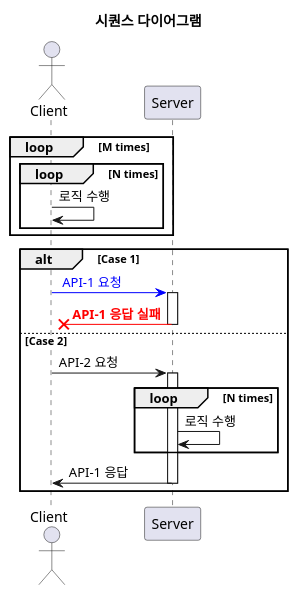
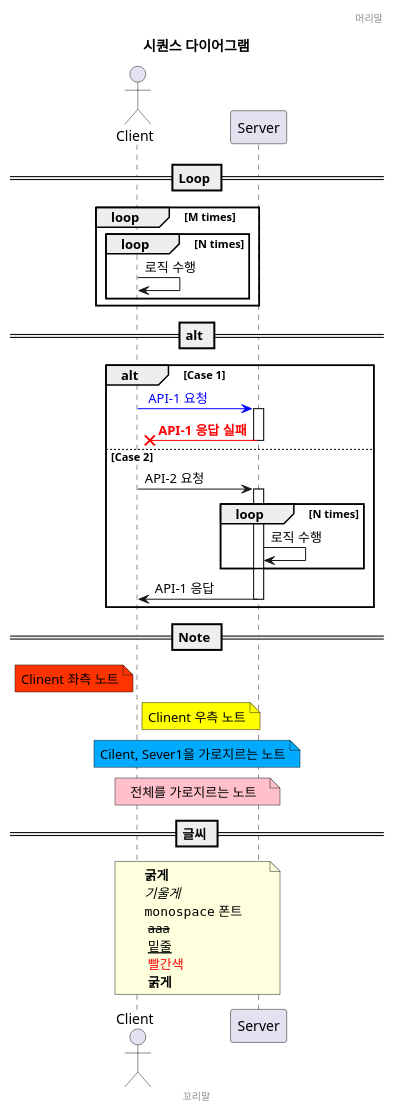
The diagram in test.puml (webandrea72/commsi), drawn with PlantUML before and after one commit.

Commit message:
2번째 커밋

```diff
--- a/test.puml
+++ b/test.puml
@@ -1,24 +1,49 @@
 @startuml
+header 머리말
+footer 꼬리말
 title 시퀀스 다이어그램
 actor Client as C
 participant Server as S
+== Loop ==
 loop M times
     loop N times
         C -> C: 로직 수행
     end
 end
+== alt ==
 alt Case 1
         C -[#0000FF]> S: <font color="#0000FF"> API-1 요청 
         activate S
         S -[#FF0000]X C: <b><font color="#FF0000"> API-1 응답 실패
         deactivate S
 else Case 2
     C -> S: API-2 요청
     activate S
     loop N times
         S -> S: 로직 수행
     end
     S -> C: API-1 응답
     deactivate S
 end
+== Note ==
+note left C #FF3300
+    Clinent 좌측 노트
+end note
+note right C #yellow
+    Clinent 우측 노트
+end note
+note over C, S #00AAFF
+    Cilent, Sever1을 가로지르는 노트
+end note
+note across #pink: 전체를 가로지르는 노트
+== 글씨 ==
+note over C, S
+  **굵게**
+  //기울게//
+  ""monospace"" 폰트
+   --aaa--
+   __밑줄__
+   <color #red>빨간색</color>
+   <b>굵게</b>
+end note
 @enduml
```
